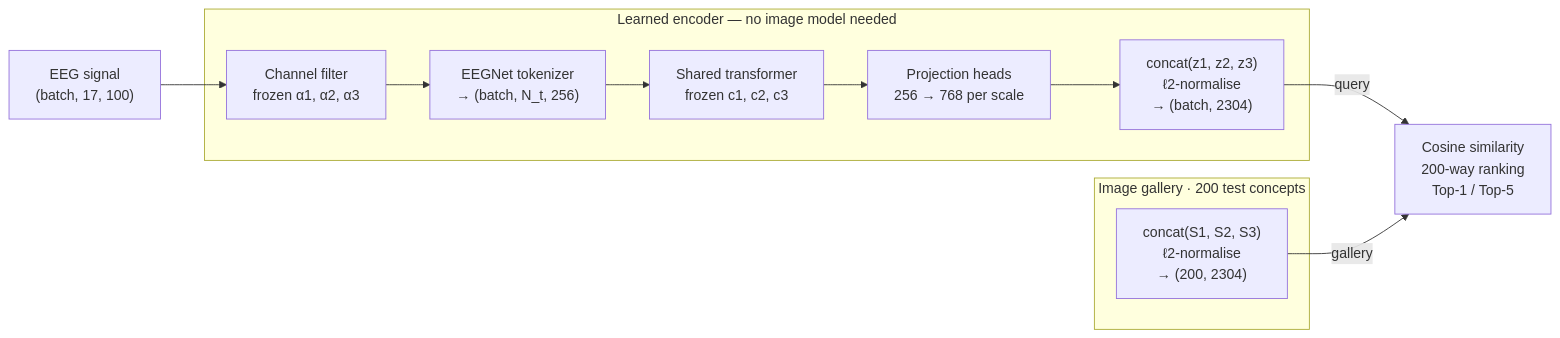
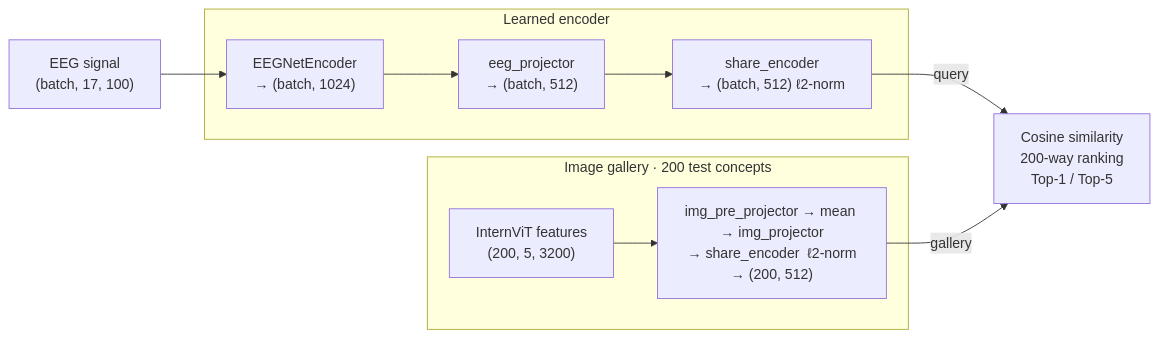
One commit to RTae/SUPA-EEG changed the second of 2 diagrams in README.md. Above: the diagram before and after it, drawn with Mermaid. The commit also changed other lines of this file, not shown here.

Commit message:
refactor: update README to reflect changes in SUPAEEG architecture and feature extraction process

````diff
--- a/README.md
+++ b/README.md
@@ -66,22 +49,21 @@
 ```mermaid
 flowchart LR
     EEG["EEG signal\n(batch, 17, 100)"]
 
-    subgraph MODEL["Learned encoder — no image model needed"]
-        CF["Channel filter\nfrozen α1, α2, α3"]
-        TOK["EEGNet tokenizer\n→ (batch, N_t, 256)"]
-        ENC["Shared transformer\nfrozen c1, c2, c3"]
-        P["Projection heads\n256 → 768 per scale"]
-        CAT["concat(z1, z2, z3)\nℓ2-normalise\n→ (batch, 2304)"]
+    subgraph MODEL["Learned encoder"]
+        EE["EEGNetEncoder\n→ (batch, 1024)"]
+        EP["eeg_projector\n→ (batch, 512)"]
+        SE["share_encoder\n→ (batch, 512)  ℓ2-norm"]
     end
 
     subgraph GALLERY["Image gallery · 200 test concepts"]
-        G["concat(S1, S2, S3)\nℓ2-normalise\n→ (200, 2304)"]
+        IF["InternViT features\n(200, 5, 3200)"]
+        IP["img_pre_projector → mean → img_projector\n→ share_encoder  ℓ2-norm\n→ (200, 512)"]
     end
 
     RET["Cosine similarity\n200-way ranking\nTop-1 / Top-5"]
 
-    EEG --> CF --> TOK --> ENC --> P --> CAT
-    CAT -->|query| RET
-    G -->|gallery| RET
+    EEG --> EE --> EP --> SE
+    SE -->|query| RET
+    IF --> IP -->|gallery| RET
 ```
````
